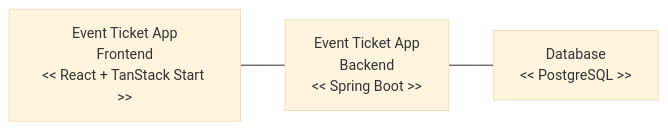
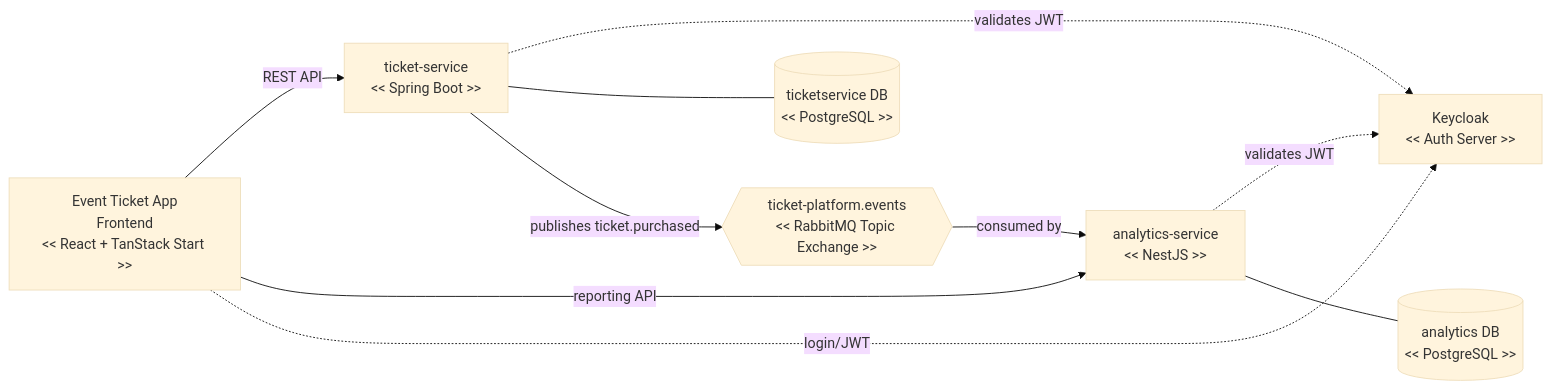
One commit to SolonKarandanis/event-ticketing-platform changed diagram 13 of 13 in docs/event-ticket-app-combined.md. Above: the diagram before and after it, drawn with Mermaid (base theme). The commit also changed other lines of this file and 12 other files, not shown here.

````diff
--- a/docs/event-ticket-app-combined.md
+++ b/docs/event-ticket-app-combined.md
@@ -1401,8 +1407,20 @@
 ```mermaid
 flowchart LR
-    A[Event Ticket App</br>Frontend</br><< React + TanStack Start >>]
-    B[Event Ticket App</br>Backend</br><< Spring Boot >>]
-    C[Database</br><< PostgreSQL >>]
-    A --- B
-    B --- C
+    F[Event Ticket App</br>Frontend</br><< React + TanStack Start >>]
+    K[Keycloak</br><< Auth Server >>]
+    B[ticket-service</br><< Spring Boot >>]
+    DB1[(ticketservice DB</br><< PostgreSQL >>)]
+    MQ{{ticket-platform.events</br><< RabbitMQ Topic Exchange >>}}
+    A[analytics-service</br><< NestJS >>]
+    DB2[(analytics DB</br><< PostgreSQL >>)]
+
+    F -- REST API --> B
+    F -- reporting API --> A
+    F -. login/JWT .-> K
+    B -. validates JWT .-> K
+    A -. validates JWT .-> K
+    B --- DB1
+    A --- DB2
+    B -- publishes ticket.purchased --> MQ
+    MQ -- consumed by --> A
 ```
````
